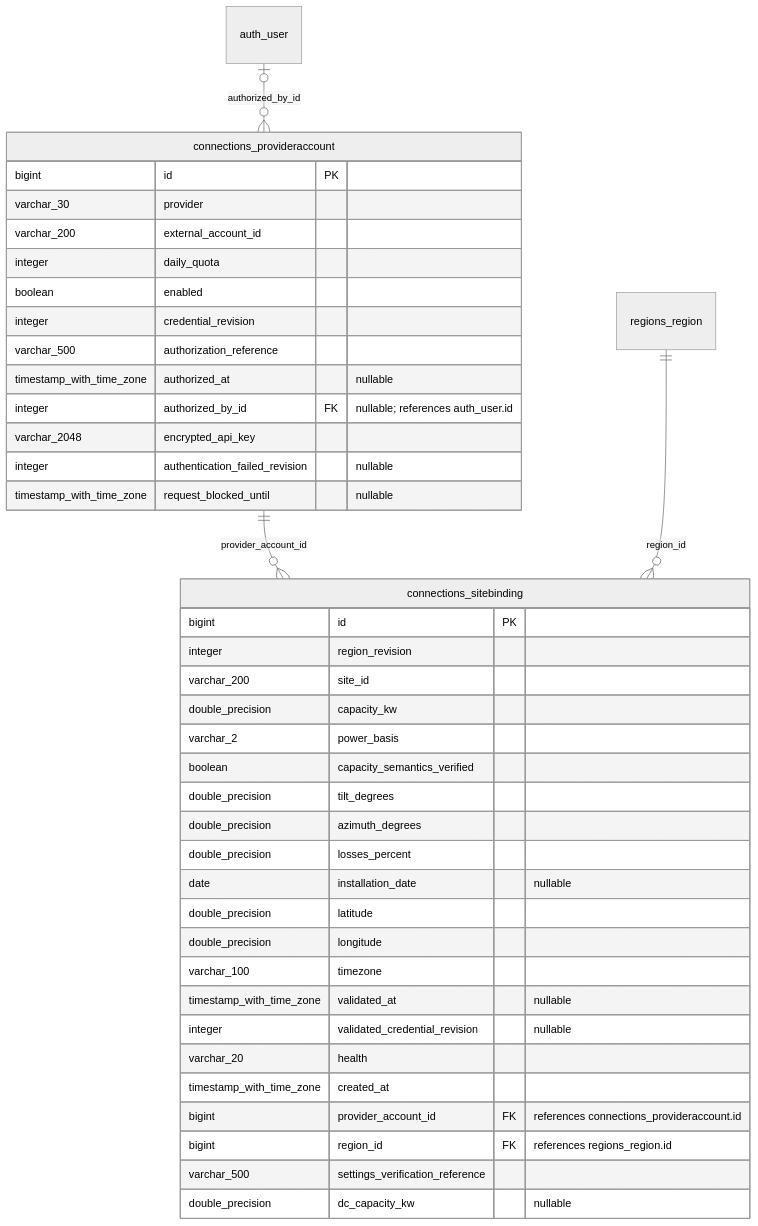
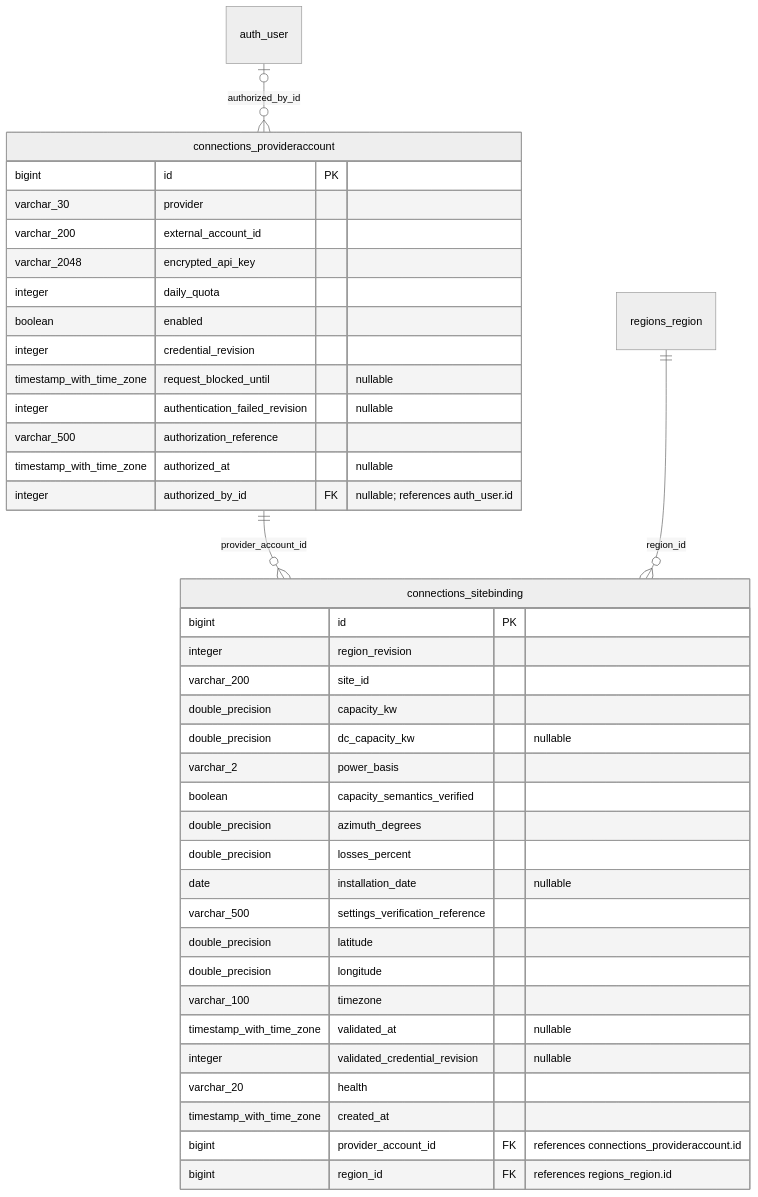
The fourth of 18 diagrams in docs/DATA_MODEL.md (erkurtharun/pyracast), drawn with Mermaid (neutral theme) before and after one commit. The commit also changed other lines of this file and 326 other files, not shown here.

First line of the commit message:
Reset the schema baseline, remove legacy shapes and derive stored vocabularies (#32)

````diff
--- a/docs/DATA_MODEL.md
+++ b/docs/DATA_MODEL.md
@@ -355,43 +358,42 @@
 ```mermaid
 erDiagram
     connections_provideraccount {
         bigint id PK
         varchar_30 provider
         varchar_200 external_account_id
+        varchar_2048 encrypted_api_key
         integer daily_quota
         boolean enabled
         integer credential_revision
+        timestamp_with_time_zone request_blocked_until "nullable"
+        integer authentication_failed_revision "nullable"
         varchar_500 authorization_reference
         timestamp_with_time_zone authorized_at "nullable"
         integer authorized_by_id FK "nullable; references auth_user.id"
-        varchar_2048 encrypted_api_key
-        integer authentication_failed_revision "nullable"
-        timestamp_with_time_zone request_blocked_until "nullable"
     }
     connections_sitebinding {
         bigint id PK
         integer region_revision
         varchar_200 site_id
         double_precision capacity_kw
+        double_precision dc_capacity_kw "nullable"
         varchar_2 power_basis
         boolean capacity_semantics_verified
-        double_precision tilt_degrees
         double_precision azimuth_degrees
         double_precision losses_percent
         date installation_date "nullable"
+        varchar_500 settings_verification_reference
         double_precision latitude
         double_precision longitude
         varchar_100 timezone
         timestamp_with_time_zone validated_at "nullable"
         integer validated_credential_revision "nullable"
         varchar_20 health
         timestamp_with_time_zone created_at
         bigint provider_account_id FK "references connections_provideraccount.id"
         bigint region_id FK "references regions_region.id"
-        varchar_500 settings_verification_reference
-        double_precision dc_capacity_kw "nullable"
     }
     auth_user |o--o{ connections_provideraccount : "authorized_by_id"
     connections_provideraccount ||--o{ connections_sitebinding : "provider_account_id"
     regions_region ||--o{ connections_sitebinding : "region_id"
 ```
````
